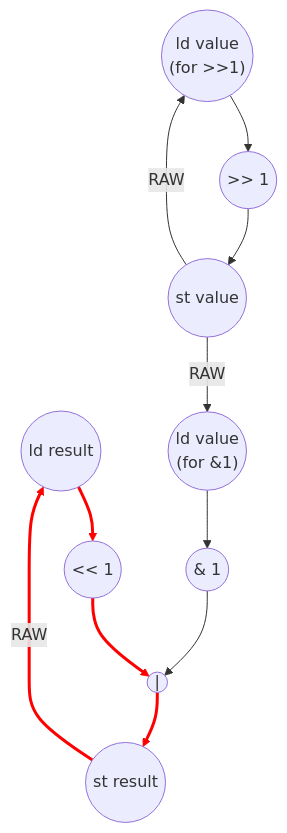
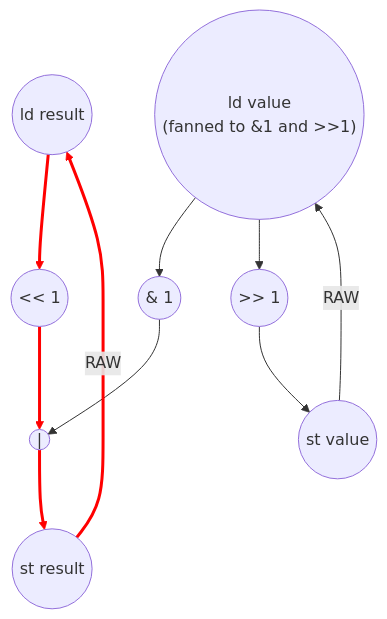
One commit to PolyArch/loom changed the diagram in tests/app/bit_reverse/bit_reverse_eval.md. Above: the diagram before and after it, drawn with Mermaid. The commit also changed other lines of this file and 4 other files, not shown here.

````diff
--- a/tests/app/bit_reverse/bit_reverse_eval.md
+++ b/tests/app/bit_reverse/bit_reverse_eval.md
@@ -93,39 +107,37 @@
 ```mermaid
 %%{init: {"graph": {"defaultRenderer": "elk"}} }%%
 graph TD
   %% Carried scalars from previous bit-iter
   ld_r(("ld result"))
-  ld_v_band(("ld value<br>(for &1)"))
-  ld_v_shr(("ld value<br>(for >>1)"))
+  ld_v(("ld value<br>(fanned to &1 and >>1)"))
 
   %% Body ops
   shl((" << 1 "))
   band((" & 1 "))
   bor((" | "))
   shr((" >> 1 "))
 
   %% Stores (close the recurrences)
   st_r(("st result"))
   st_v(("st value"))
 
   %% Dependencies
   ld_r --> shl
-  ld_v_band --> band
+  ld_v --> band
   shl --> bor
   band --> bor
   bor --> st_r
 
-  ld_v_shr --> shr
+  ld_v --> shr
   shr --> st_v
 
   %% Loop-carry back-edges (RAW into next iter's loads)
   st_r -->|RAW| ld_r
-  st_v -->|RAW| ld_v_band
-  st_v -->|RAW| ld_v_shr
+  st_v -->|RAW| ld_v
 
   %% Critical path: result recurrence ld → shl → | → st, II_bit = 4
   linkStyle 0 stroke:#ff0000,stroke-width:3px;
   linkStyle 2 stroke:#ff0000,stroke-width:3px;
   linkStyle 4 stroke:#ff0000,stroke-width:3px;
   linkStyle 7 stroke:#ff0000,stroke-width:3px;
 ```
````
